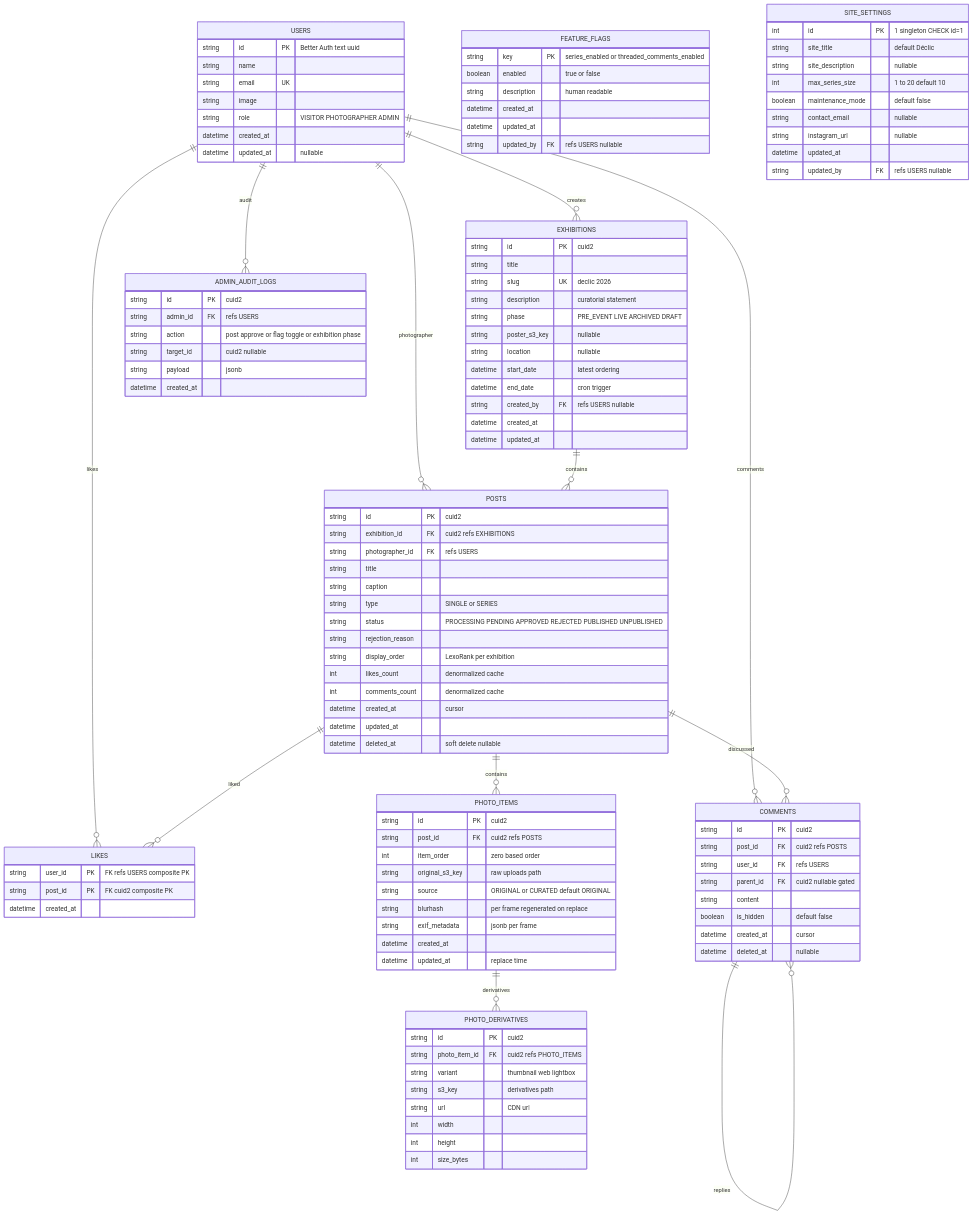
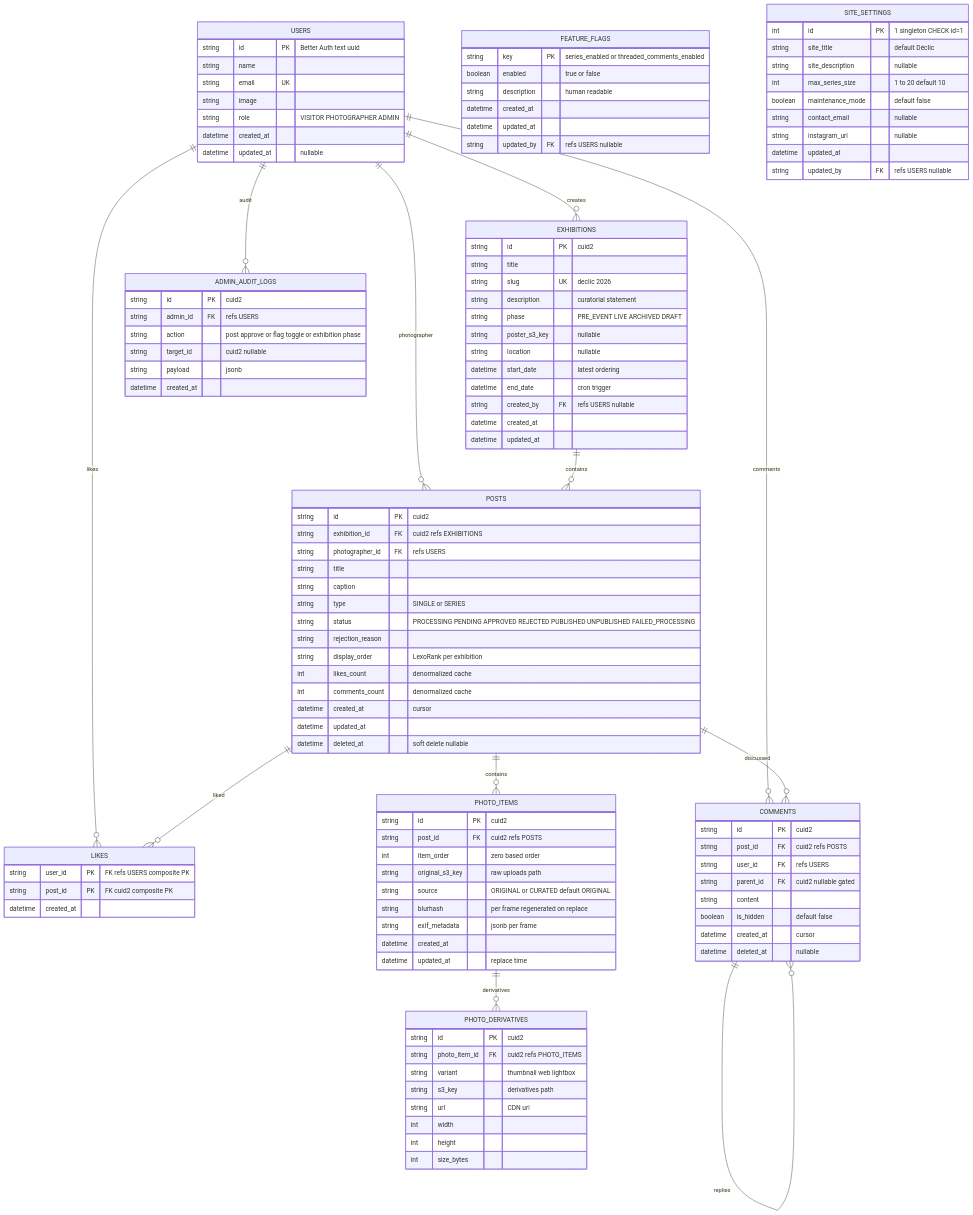
One commit to bal16/declic-web changed the diagram in docs/db-schema.md. Above: the diagram before and after it, drawn with Mermaid. The commit also changed other lines of this file and 9 other files, not shown here.

Commit message:
docs: lock exhibition lifecycle, phase-gated publish, FAILED_PROCESSING

```diff
--- a/docs/db-schema.md
+++ b/docs/db-schema.md
@@ -71,7 +71,7 @@
         string title
         string caption
         string type "SINGLE or SERIES"
-        string status "PROCESSING PENDING APPROVED REJECTED PUBLISHED UNPUBLISHED"
+        string status "PROCESSING PENDING APPROVED REJECTED PUBLISHED UNPUBLISHED FAILED_PROCESSING"
         string rejection_reason
         string display_order "LexoRank per exhibition"
         int likes_count "denormalized cache"
```
